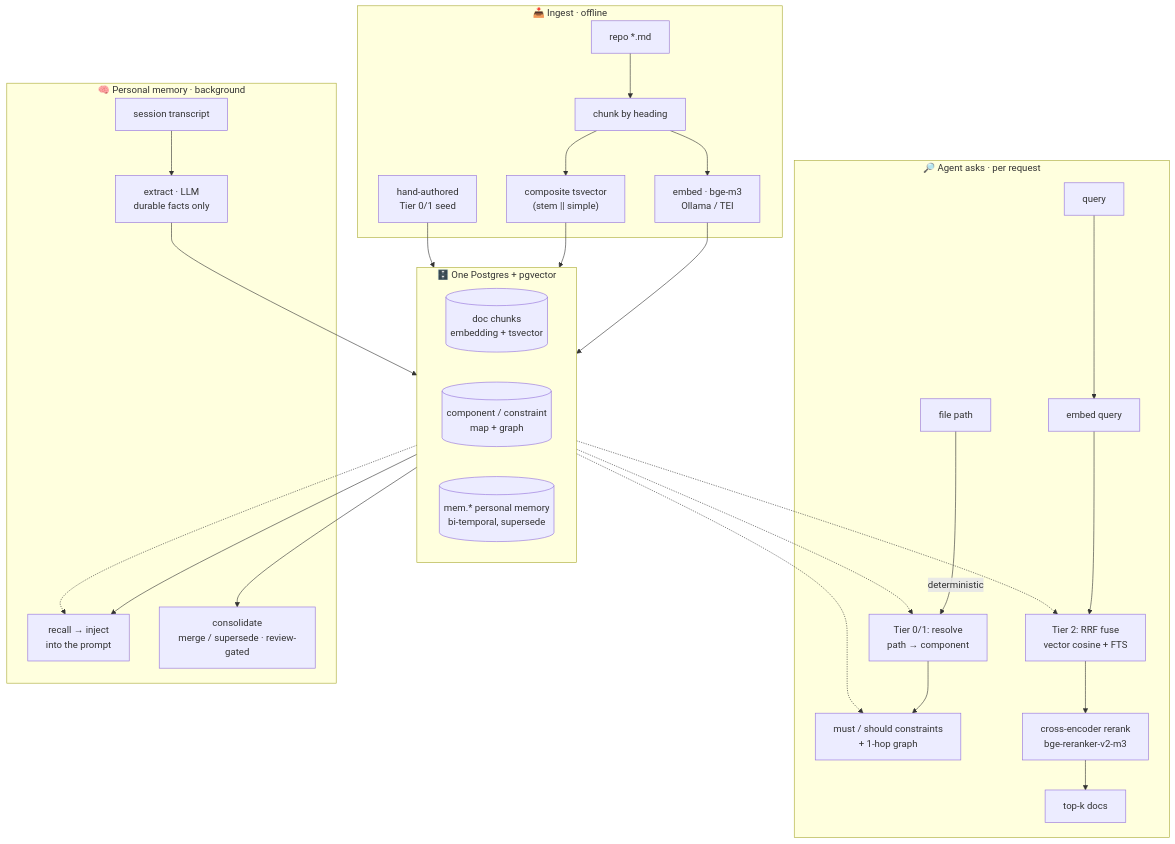
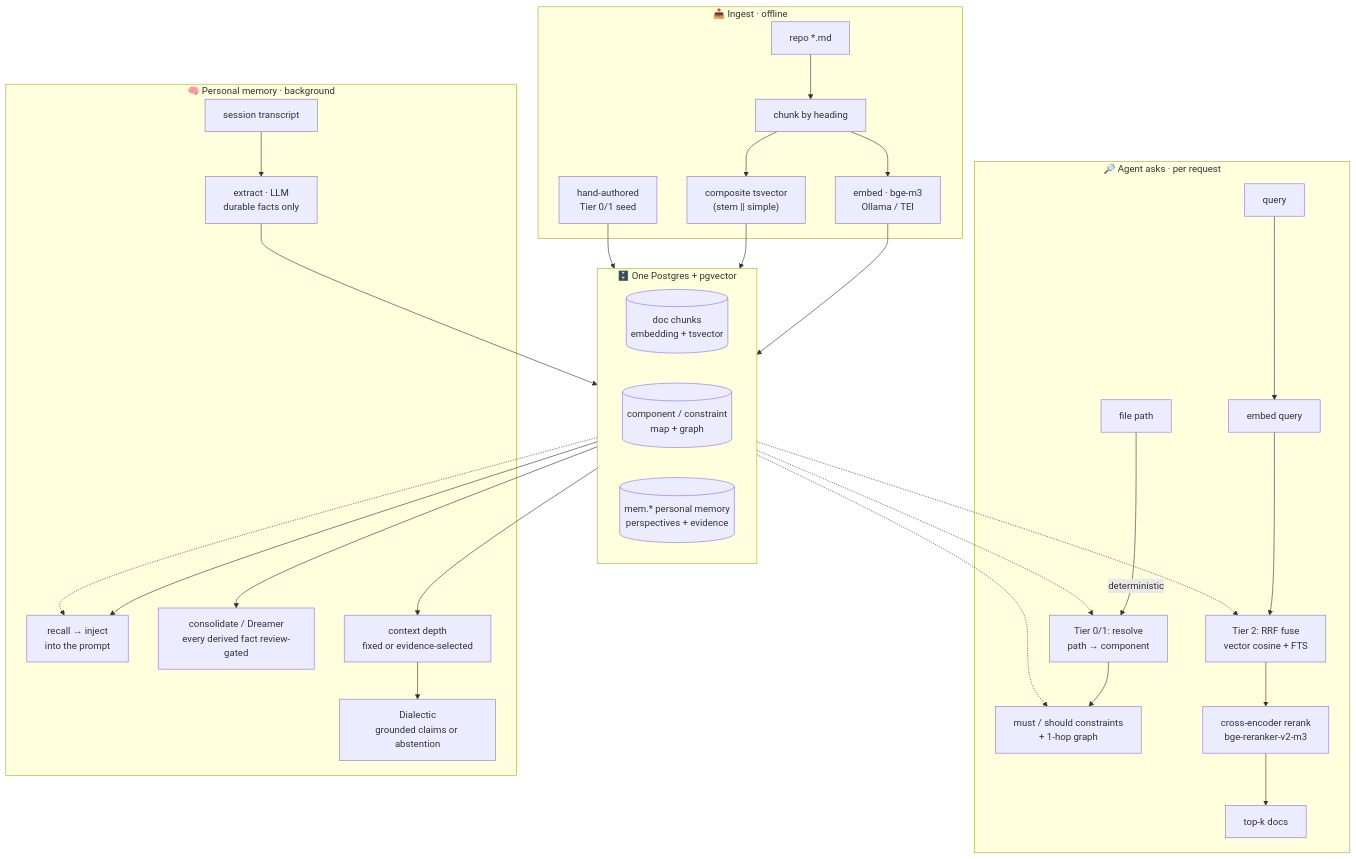
Before and after one commit to zqf20096327/dbhub_collect: the diagram in data/readmes/Recluse__HyperMnesia.md, drawn with Mermaid. The commit also changed other lines of this file and 353 other files, not shown here.

````diff
--- a/data/readmes/Recluse__HyperMnesia.md
+++ b/data/readmes/Recluse__HyperMnesia.md
@@ -126,38 +126,40 @@
 ```mermaid
 flowchart TB
     subgraph store["🗄️ One Postgres + pgvector"]
         direction LR
         DOC[("doc chunks<br/>embedding + tsvector")]
         MAP[("component / constraint<br/>map + graph")]
-        MEM[("mem.* personal memory<br/>bi-temporal, supersede")]
+        MEM[("mem.* personal memory<br/>perspectives + evidence")]
     end
 
     subgraph ingest["📥 Ingest · offline"]
         MD["repo *.md"] --> CH["chunk by heading"]
         CH --> EMB["embed · bge-m3<br/>Ollama / TEI"]
         EMB --> DOC
         CH --> TS["composite tsvector<br/>(stem || simple)"] --> DOC
         SEED["hand-authored<br/>Tier 0/1 seed"] --> MAP
     end
 
     subgraph ask["🔎 Agent asks · per request"]
         FP["file path"] -->|"deterministic"| T01["Tier 0/1: resolve<br/>path → component"]
         T01 --> RULES["must / should constraints<br/>+ 1-hop graph"]
         Q["query"] --> QE["embed query"]
         QE --> RRF["Tier 2: RRF fuse<br/>vector cosine + FTS"]
         RRF --> RRK["cross-encoder rerank<br/>bge-reranker-v2-m3"]
         RRK --> TOPK["top-k docs"]
     end
 
     subgraph pm["🧠 Personal memory · background"]
         SESS["session transcript"] --> EX["extract · LLM<br/>durable facts only"]
         EX --> MEM
         MEM --> RC["recall → inject<br/>into the prompt"]
-        MEM --> CO["consolidate<br/>merge / supersede · review-gated"]
+        MEM --> CO["consolidate / Dreamer<br/>every derived fact review-gated"]
+        MEM --> CTX["context depth<br/>fixed or evidence-selected"]
+        CTX --> DIA["Dialectic<br/>grounded claims or abstention"]
     end
 
     MAP -.-> T01
     MAP -.-> RULES
     DOC -.-> RRF
     MEM -.-> RC
 ```
````
